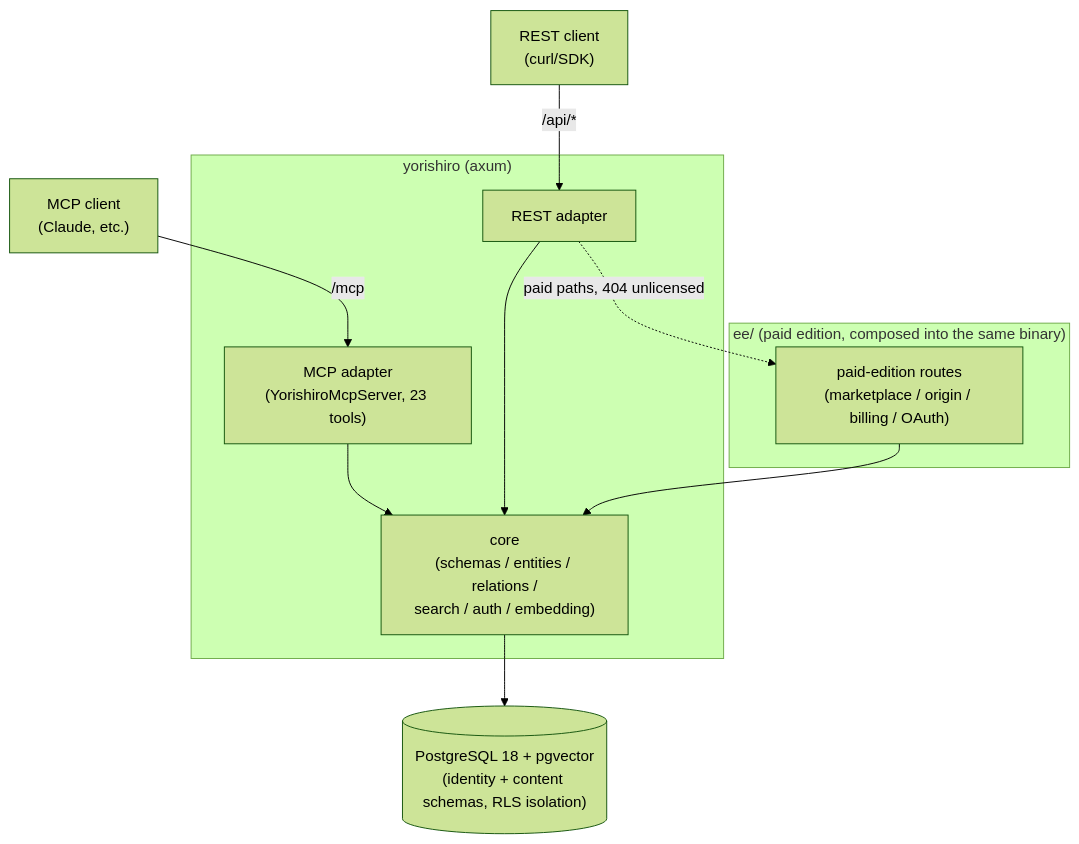
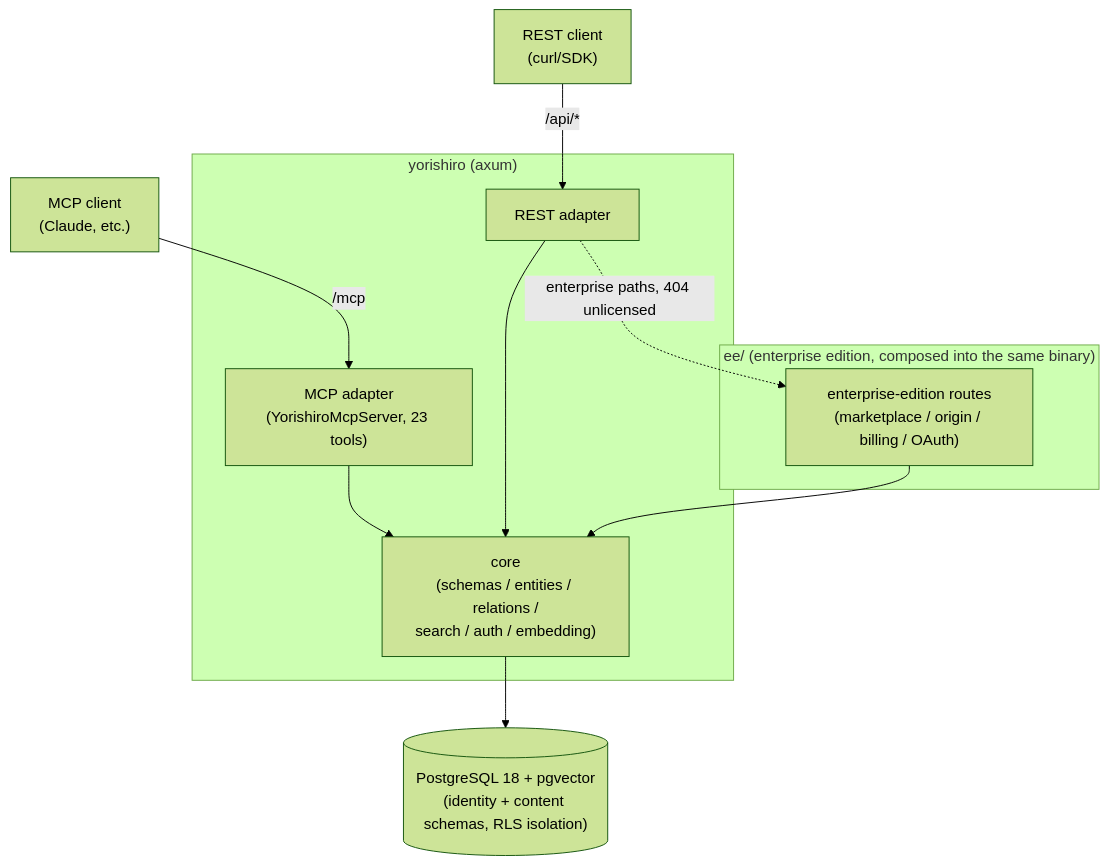
The first of 3 diagrams in README.md (yorishiro-ai/yorishiro), drawn with Mermaid (forest theme) before and after one commit. The commit also changed other lines of this file, not shown here.

````diff
--- a/README.md
+++ b/README.md
@@ -12,25 +12,25 @@
 ```mermaid
 flowchart TD
     MCPClient["MCP client<br/>(Claude, etc.)"]
     RESTClient["REST client<br/>(curl/SDK)"]
 
-    subgraph Paid["ee/ (paid edition, composed into the same binary)"]
-        PaidREST["paid-edition routes<br/>(marketplace / origin / billing / OAuth)"]
+    subgraph Enterprise["ee/ (enterprise edition, composed into the same binary)"]
+        EnterpriseREST["enterprise-edition routes<br/>(marketplace / origin / billing / OAuth)"]
     end
 
     subgraph Server["yorishiro (axum)"]
         MCPAdapter["MCP adapter<br/>(YorishiroMcpServer, 23 tools)"]
         RESTAdapter["REST adapter"]
         Core["core<br/>(schemas / entities / relations /<br/>search / auth / embedding)"]
         MCPAdapter --> Core
         RESTAdapter --> Core
     end
 
     DB[("PostgreSQL 18 + pgvector<br/>(identity + content schemas, RLS isolation)")]
 
     MCPClient -->|"/mcp"| MCPAdapter
     RESTClient -->|"/api/*"| RESTAdapter
-    RESTAdapter -.->|"paid paths, 404 unlicensed"| PaidREST
-    PaidREST --> Core
+    RESTAdapter -.->|"enterprise paths, 404 unlicensed"| EnterpriseREST
+    EnterpriseREST --> Core
     Core --> DB
 ```
````
